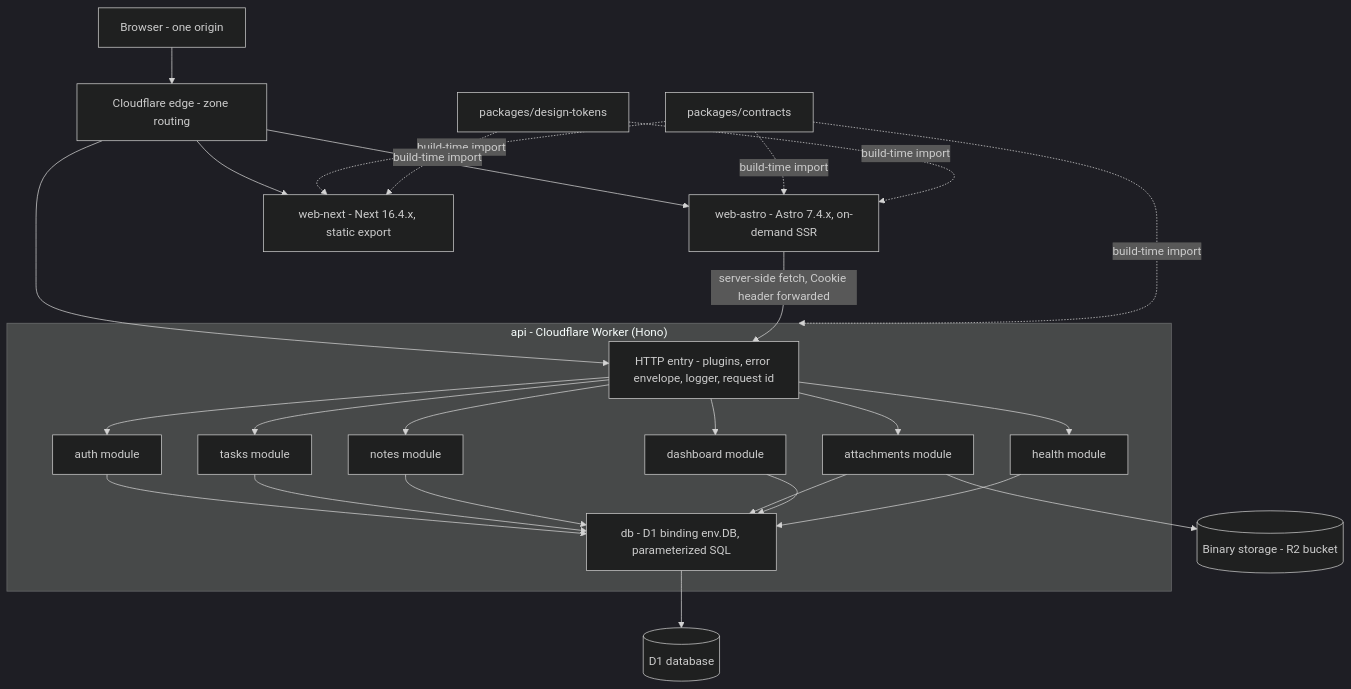
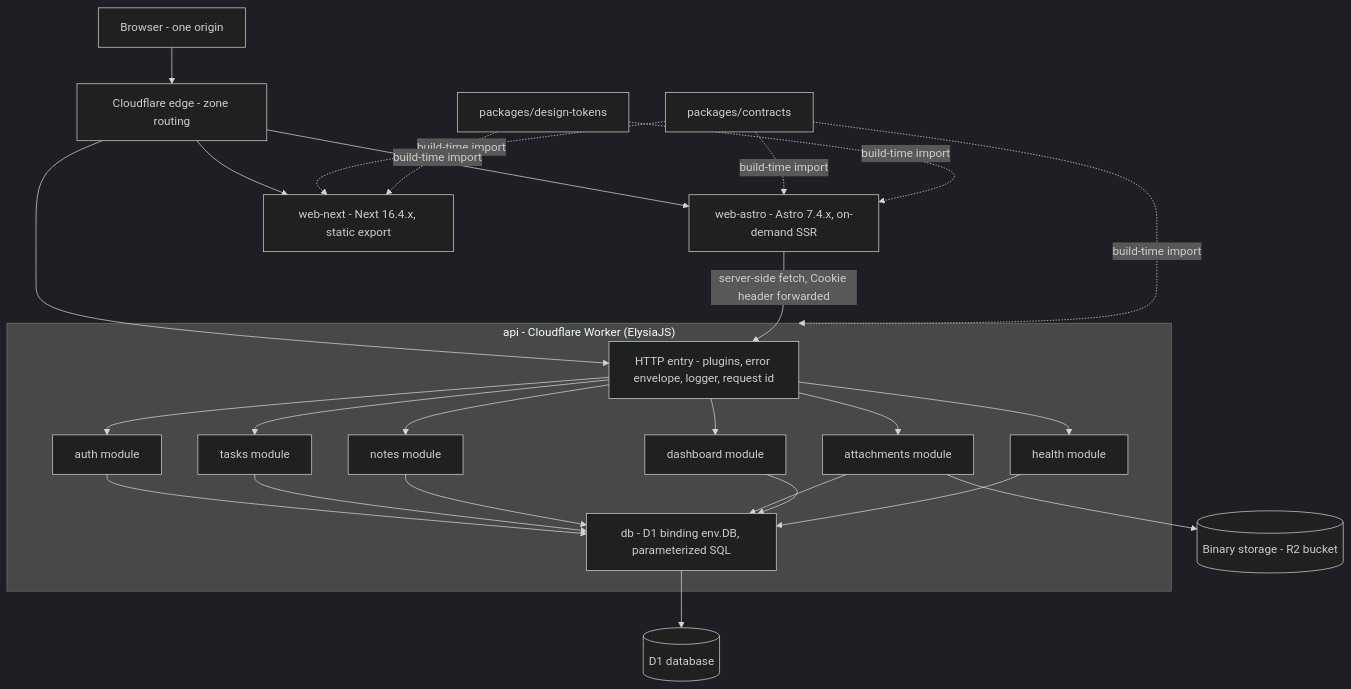
The second of 8 diagrams in .planning/03-system-architecture.md (mhiqrambg/rweb-task-management), drawn with Mermaid (dark theme) before and after one commit. The commit also changed other lines of this file and 12 other files, not shown here.

First line of the commit message:
docs: correct backend stack to ElysiaJS on Node + Worker with D1 + R2

````diff
--- a/.planning/03-system-architecture.md
+++ b/.planning/03-system-architecture.md
@@ -76,45 +76,45 @@
 ```mermaid
 flowchart TB
   Browser["Browser - one origin"]
   Edge["Cloudflare edge - zone routing"]
   Astro["web-astro - Astro 7.4.x, on-demand SSR"]
   Next["web-next - Next 16.4.x, static export"]
-  subgraph ApiBox["api - Cloudflare Worker (Hono)"]
+  subgraph ApiBox["api - Cloudflare Worker (ElysiaJS)"]
     ApiEdge["HTTP entry - plugins, error envelope, logger, request id"]
     AuthM["auth module"]
     TasksM["tasks module"]
     NotesM["notes module"]
     AttM["attachments module"]
     DashM["dashboard module"]
     HealthM["health module"]
     DbLayer["db - D1 binding env.DB, parameterized SQL"]
     ApiEdge --> AuthM
     ApiEdge --> TasksM
     ApiEdge --> NotesM
     ApiEdge --> AttM
     ApiEdge --> DashM
     ApiEdge --> HealthM
     AuthM --> DbLayer
     TasksM --> DbLayer
     NotesM --> DbLayer
     AttM --> DbLayer
     DashM --> DbLayer
     HealthM --> DbLayer
   end
   Contracts["packages/contracts"]
   Tokens["packages/design-tokens"]
   Db[("D1 database")]
   Store[("Binary storage - R2 bucket")]
   Browser --> Edge
   Edge --> Astro
   Edge --> Next
   Edge --> ApiEdge
   Astro -->|"server-side fetch, Cookie header forwarded"| ApiEdge
   AttM --> Store
   DbLayer --> Db
   Contracts -.->|"build-time import"| Astro
   Contracts -.->|"build-time import"| Next
   Contracts -.->|"build-time import"| ApiBox
   Tokens -.->|"build-time import"| Astro
   Tokens -.->|"build-time import"| Next
 ```
````
